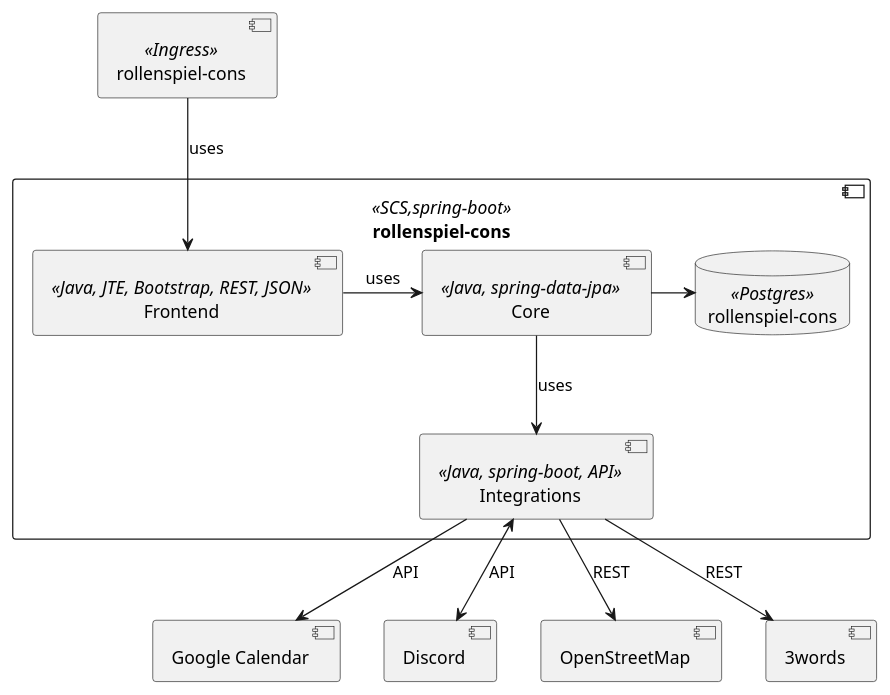
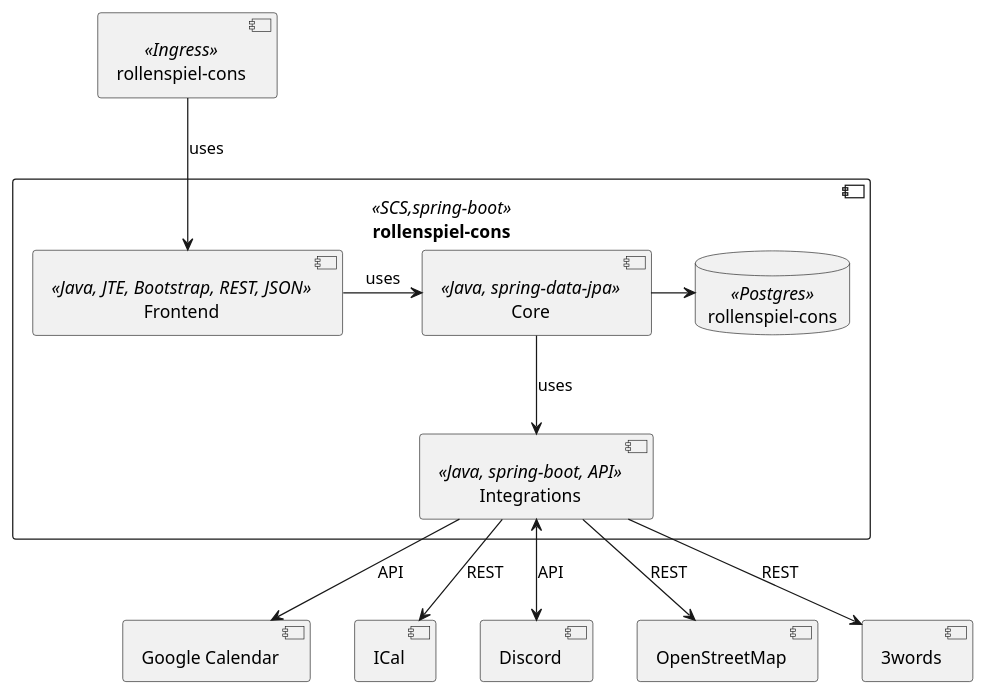
One commit to Paladins-Inn/rollenspiel-cons changed the diagram in docs/modules/arc42/partials/whitebox-overall-system.adoc. Above: the diagram before and after it, drawn with PlantUML. The commit also changed 10 other files, not shown here.

```diff
--- a/docs/modules/arc42/partials/whitebox-overall-system.adoc
+++ b/docs/modules/arc42/partials/whitebox-overall-system.adoc
@@ -3,34 +3,36 @@
 [plantuml, whitebox-scs]
 ----
 @startuml whitebox-scs
 
 [rollenspiel-cons] <<Ingress>> as ingress
 
 component "rollenspiel-cons" <<SCS,spring-boot>> as service {
 [Frontend] <<Java, JTE, Bootstrap, REST, JSON>> as frontend
 
   [Core] <<Java, spring-data-jpa>> as core
 
   database "rollenspiel-cons" <<Postgres>> as data
 
-  [Integrations] <<Java, spring-boot, API>> as integrations
+  [Integrations] <<Java, spring-boot, API>> as services
 }
 
 
 ingress --> frontend : uses
 frontend -right-> core : uses
-core --> integrations : uses
+core --> services : uses
 core -right-> data
 
 [Google Calendar] as gcal
+[ICal] as ical
 [Discord] as discord
 [OpenStreetMap] as osm
 [3words] as what3words
 
-integrations --> gcal : API
-integrations <--> discord : API
-integrations --> osm : REST
-integrations --> what3words : REST
+services --> ical : REST
+services --> gcal : API
+services <--> discord : API
+services --> osm : REST
+services --> what3words : REST
 
 @enduml
 ----
```
